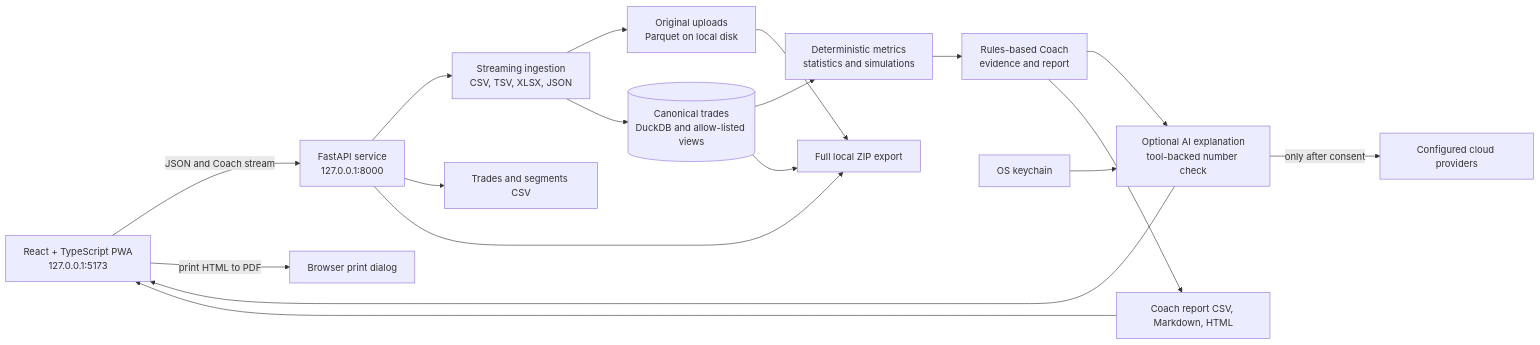
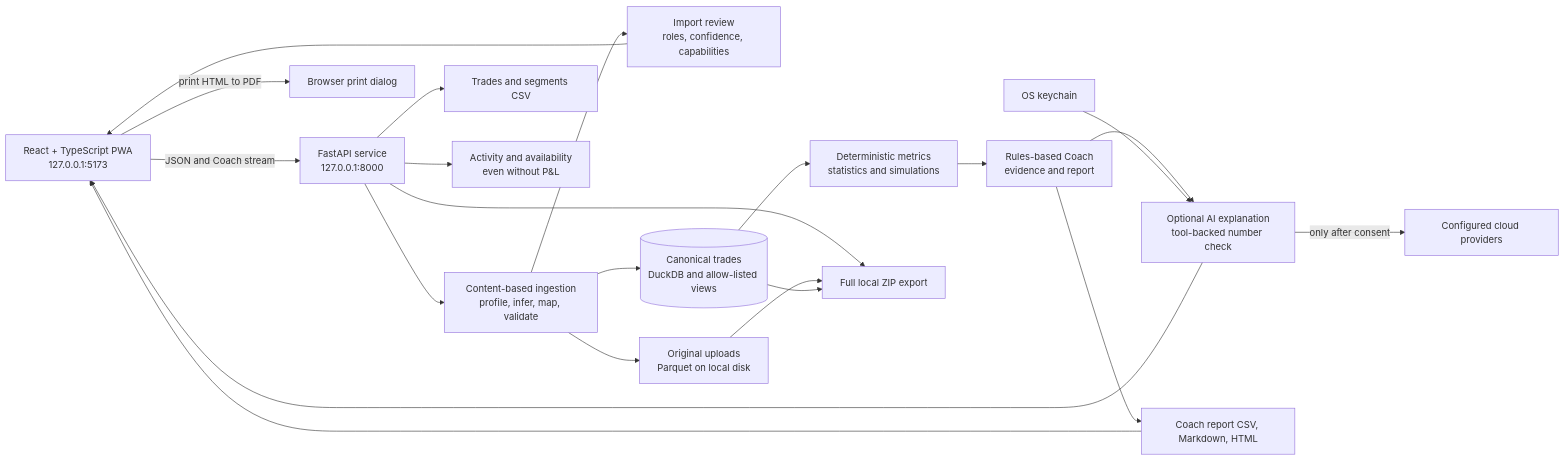
Before and after one commit to suiee8/obsidian-ledger: the diagram in docs/architecture.md, drawn with Mermaid. The commit also changed other lines of this file and 50 other files, not shown here.

Commit message:
Phase 6A: content-based import

````diff
--- a/docs/architecture.md
+++ b/docs/architecture.md
@@ -3,20 +3,23 @@
 ```mermaid
 flowchart LR
   Browser["React + TypeScript PWA<br/>127.0.0.1:5173"] -->|"JSON and Coach stream"| API["FastAPI service<br/>127.0.0.1:8000"]
-  API --> Ingest["Streaming ingestion<br/>CSV, TSV, XLSX, JSON"]
+  API --> Ingest["Content-based ingestion<br/>profile, infer, map, validate"]
+  Ingest --> ImportReview["Import review<br/>roles, confidence, capabilities"]
+  ImportReview --> Browser
   Ingest --> Raw["Original uploads<br/>Parquet on local disk"]
   Ingest --> DB[("Canonical trades<br/>DuckDB and allow-listed views")]
   DB --> Metrics["Deterministic metrics<br/>statistics and simulations"]
   Metrics --> Coach["Rules-based Coach<br/>evidence and report"]
   Coach --> AI["Optional AI explanation<br/>tool-backed number check"]
   AI -->|"only after consent"| Providers["Configured cloud providers"]
   Keychain["OS keychain"] --> AI
   AI --> Browser
   API --> TradeExport["Trades and segments CSV"]
   Coach --> ReportExport["Coach report CSV, Markdown, HTML"]
+  API --> Activity["Activity and availability<br/>even without P&L"]
   API --> ZipExport["Full local ZIP export"]
   Raw --> ZipExport
   DB --> ZipExport
   ReportExport --> Browser
   Browser -->|"print HTML to PDF"| Print["Browser print dialog"]
 ```
````
